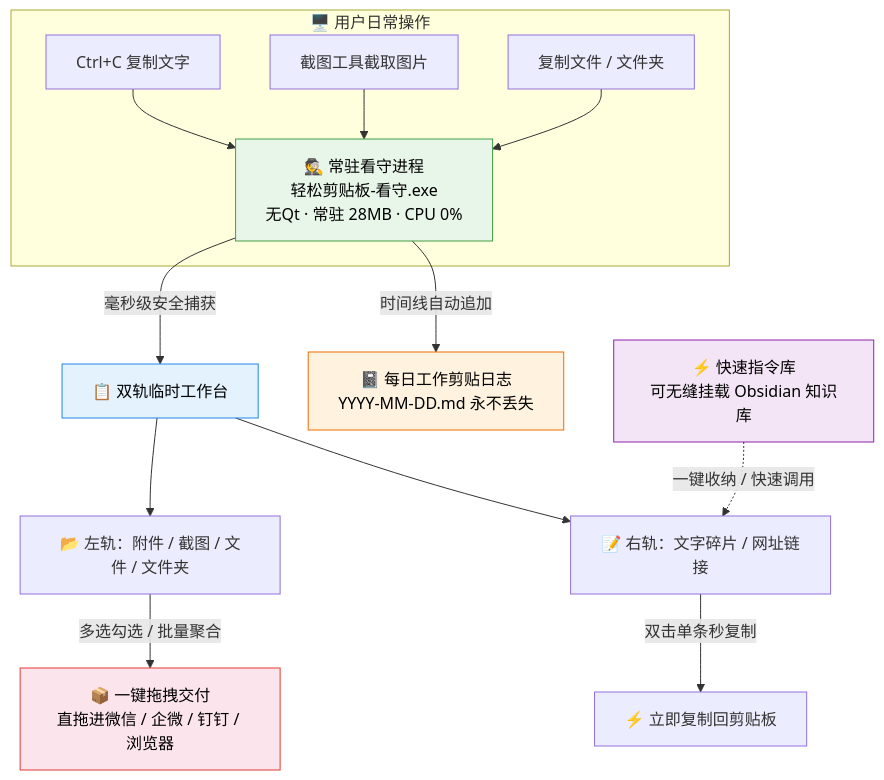
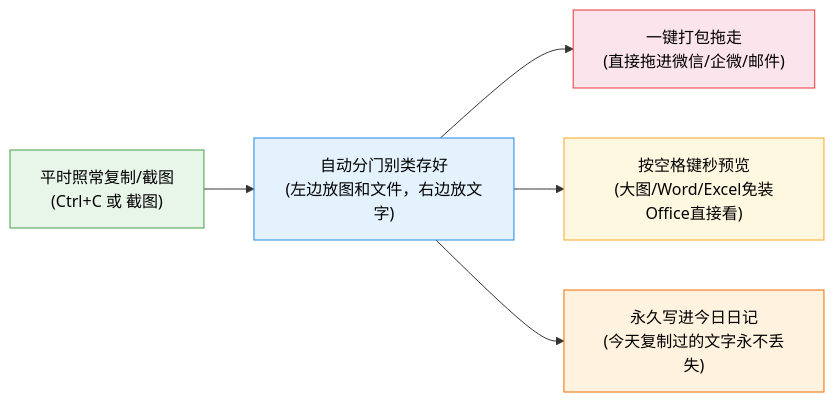
One commit to CatBoss-Paw/EasyClipboard changed the diagram in README.md. Above: the diagram before and after it, drawn with Mermaid. The commit also changed other lines of this file, not shown here.

````diff
--- a/README.md
+++ b/README.md
@@ -46,25 +49,13 @@
 ```mermaid
-graph TB
-    subgraph S1 ["🖥️ 用户日常操作"]
-        A["Ctrl+C 复制文字"] --> W
-        B["截图工具截取图片"] --> W
-        C["复制文件 / 文件夹"] --> W
-    end
+graph LR
+    A["平时照常复制/截图<br/>(Ctrl+C 或 截图)"] --> B["自动分门别类存好<br/>(左边放图和文件，右边放文字)"]
+    B --> C["一键打包拖走<br/>(直接拖进微信/企微/邮件)"]
+    B --> D["按空格键秒预览<br/>(大图/Word/Excel免装Office直接看)"]
+    B --> E["永久写进今日日记<br/>(今天复制过的文字永不丢失)"]
 
-    W["🕵️ 常驻看守进程<br/>轻松剪贴板-看守.exe<br/>无Qt · 常驻 28MB · CPU 0%"] -->|毫秒级安全捕获| SHELF["📋 双轨临时工作台"]
-    W -->|时间线自动追加| JOURNAL["📓 每日工作剪贴日志<br/>YYYY-MM-DD.md 永不丢失"]
-
-    SHELF --> LEFT["📂 左轨：附件 / 截图 / 文件 / 文件夹"]
-    SHELF --> RIGHT["📝 右轨：文字碎片 / 网址链接"]
-
-    LEFT -->|多选勾选 / 批量聚合| DRAG["📦 一键拖拽交付<br/>直拖进微信 / 企微 / 钉钉 / 浏览器"]
-    RIGHT -->|双击单条秒复制| CLIP["⚡ 立即复制回剪贴板"]
-
-    PROMPT["⚡ 快速指令库<br/>可无缝挂载 Obsidian 知识库"] -.->|一键收纳 / 快速调用| RIGHT
-
-    style W fill:#e8f5e9,stroke:#43a047,color:#000
-    style SHELF fill:#e3f2fd,stroke:#1e88e5,color:#000
-    style JOURNAL fill:#fff3e0,stroke:#ef6c00,color:#000
-    style DRAG fill:#fce4ec,stroke:#e53935,color:#000
-    style PROMPT fill:#f3e5f5,stroke:#8e24aa,color:#000
+    style A fill:#e8f5e9,stroke:#43a047,color:#000
+    style B fill:#e3f2fd,stroke:#1e88e5,color:#000
+    style C fill:#fce4ec,stroke:#e53935,color:#000
+    style D fill:#fff8e1,stroke:#f9a825,color:#000
+    style E fill:#fff3e0,stroke:#ef6c00,color:#000
 ```
````
